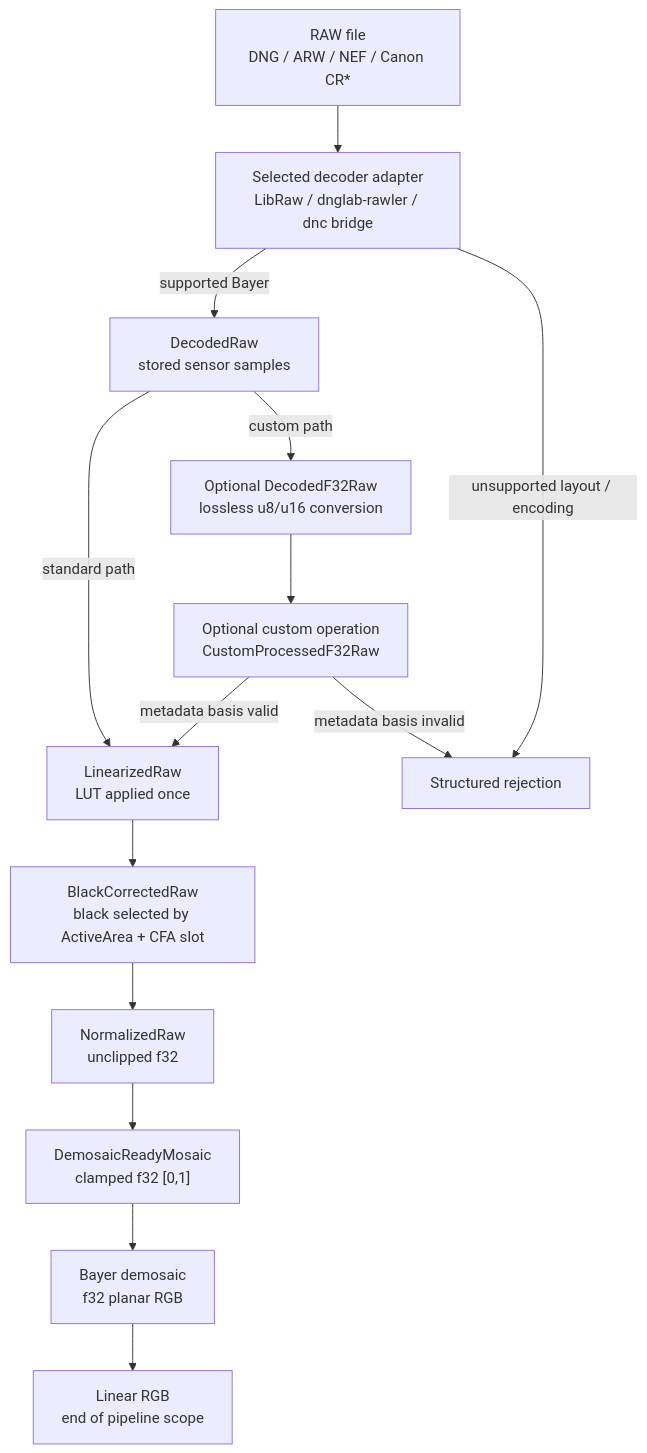
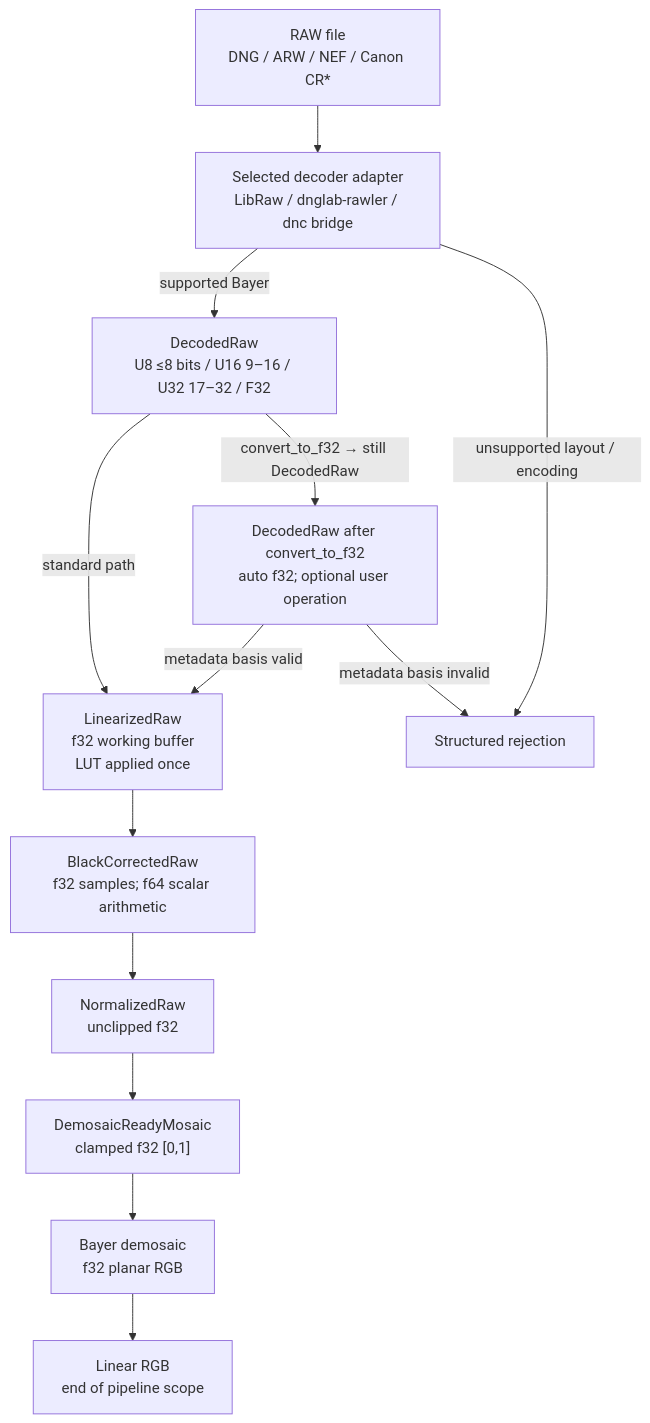
Before and after one commit to Glatzel/fornax: the diagram in docs/raw-pipeline/raw-image-process.md, drawn with Mermaid. The commit also changed other lines of this file and 3 other files, not shown here.

````diff
--- a/docs/raw-pipeline/raw-image-process.md
+++ b/docs/raw-pipeline/raw-image-process.md
@@ -9,29 +9,27 @@
 ```mermaid
 flowchart TD
     File["RAW file\nDNG / ARW / NEF / Canon CR*"]
     Adapter["Selected decoder adapter\nLibRaw / dnglab-rawler / dnc bridge"]
-    Decoded["DecodedRaw\nstored sensor samples"]
-    Convert["Optional DecodedF32Raw\nlossless u8/u16 conversion"]
-    Custom["Optional custom operation\nCustomProcessedF32Raw"]
-    Linear["LinearizedRaw\nLUT applied once"]
-    Subtract["BlackCorrectedRaw\nblack selected by ActiveArea + CFA slot"]
+    Decoded["DecodedRaw\nU8 ≤8 bits / U16 9–16 / U32 17–32 / F32"]
+    Custom["DecodedRaw after convert_to_f32\nauto f32; optional user operation"]
+    Linear["LinearizedRaw\nf32 working buffer\nLUT applied once"]
+    Subtract["BlackCorrectedRaw\nf32 samples; f64 scalar arithmetic"]
     Normalize["NormalizedRaw\nunclipped f32"]
     Ready["DemosaicReadyMosaic\nclamped f32 [0,1]"]
     Demosaic["Bayer demosaic\nf32 planar RGB"]
     Done["Linear RGB\nend of pipeline scope"]
     Reject["Structured rejection"]
 
     File --> Adapter
     Adapter -->|supported Bayer| Decoded
     Adapter -->|unsupported layout / encoding| Reject
     Decoded -->|standard path| Linear
-    Decoded -->|custom path| Convert
-    Convert --> Custom
+    Decoded -->|"convert_to_f32 → still DecodedRaw"| Custom
     Custom -->|metadata basis valid| Linear
     Custom -->|metadata basis invalid| Reject
     Linear --> Subtract
     Subtract --> Normalize
     Normalize --> Ready
     Ready --> Demosaic
     Demosaic --> Done
 ```
````
